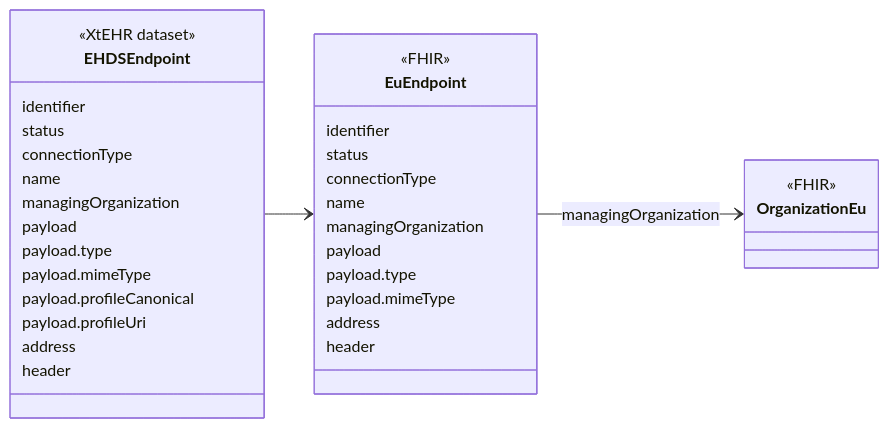
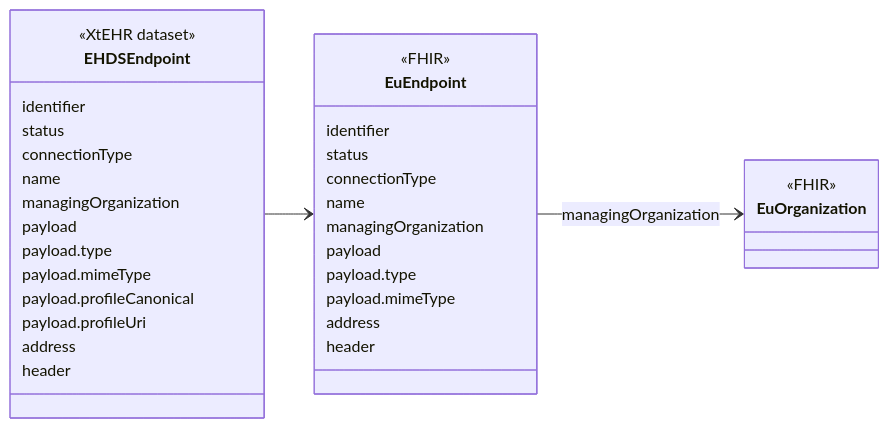
The diagram in input/intro-notes/ConceptMap-EHDSEndpointMap-intro.md (oijauregui/ehdsimaging), drawn with Mermaid before and after one commit. The commit also changed 25 other files, not shown here.

````diff
--- a/input/intro-notes/ConceptMap-EHDSEndpointMap-intro.md
+++ b/input/intro-notes/ConceptMap-EHDSEndpointMap-intro.md
@@ -5,39 +5,39 @@
 ```mermaid
 classDiagram
 direction LR
 class EHDSEndpoint {
   <<XtEHR dataset>>
   identifier
   status
   connectionType
   name
   managingOrganization
   payload
   payload.type
   payload.mimeType
   payload.profileCanonical
   payload.profileUri
   address
   header
 }
 link EHDSEndpoint "https://build.fhir.org/ig/Xt-EHR/xt-ehr-common/StructureDefinition-EHDSEndpoint.html"
 class EuEndpoint{
   <<FHIR>>
   identifier
   status
   connectionType
   name
   managingOrganization
   payload
   payload.type
   payload.mimeType
   address
   header
 }
 
-class OrganizationEu {
+class EuOrganization {
   <<FHIR>>
 }
 EHDSEndpoint --> EuEndpoint
-EuEndpoint --> OrganizationEu : managingOrganization
+EuEndpoint --> EuOrganization : managingOrganization
 ```
````
